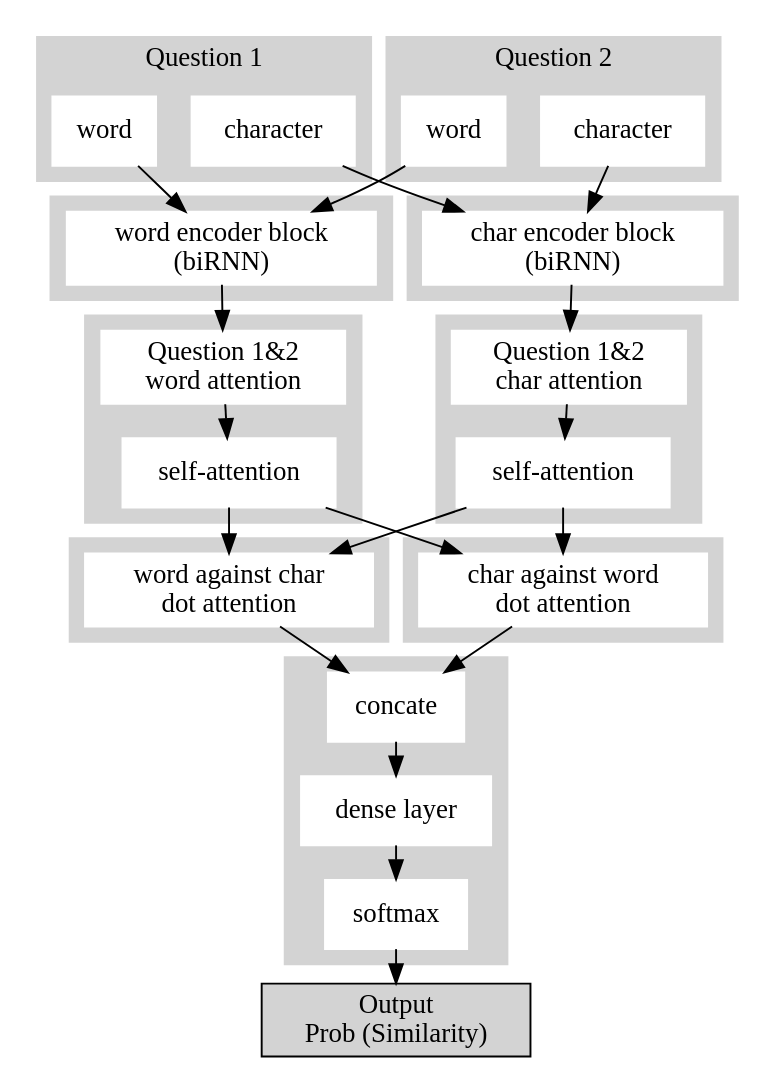
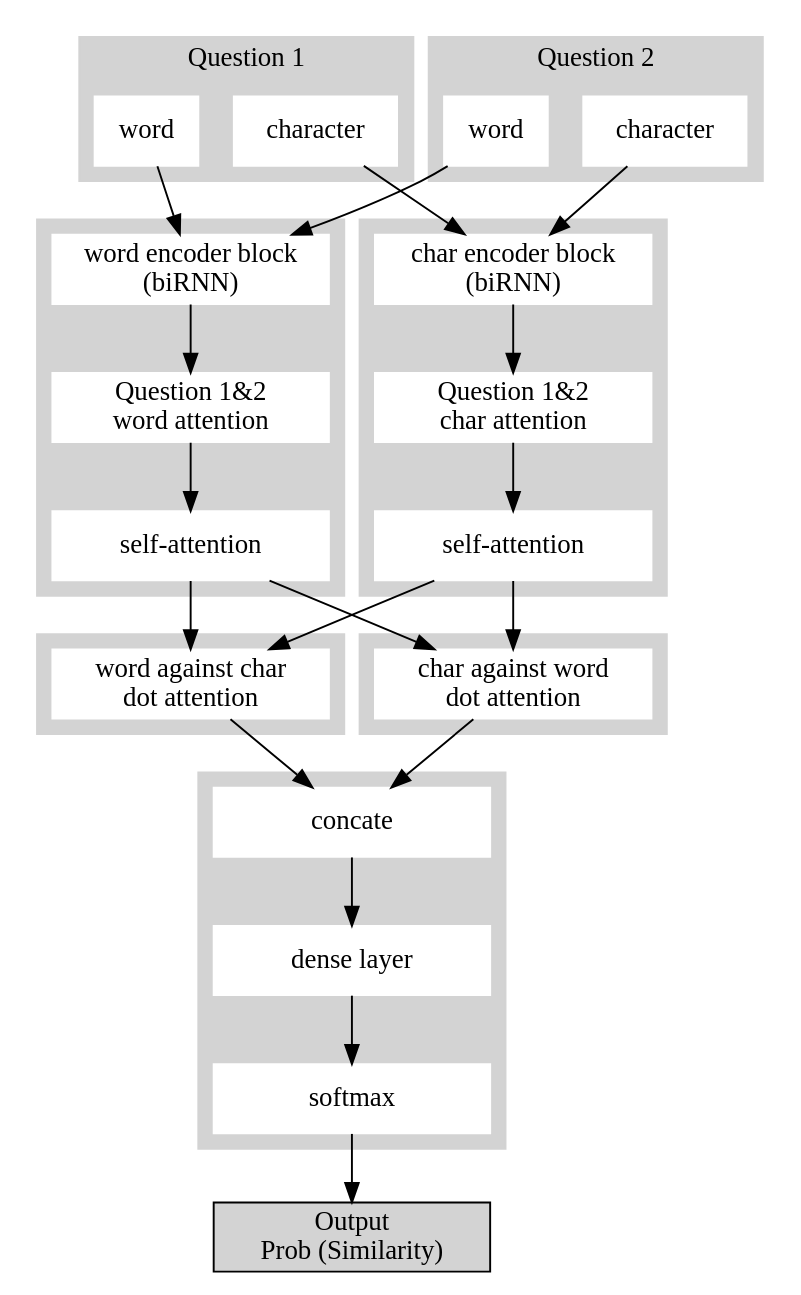
One commit to QuantumAgent/QDD_Net changed the diagram in res/test.dot. Above: the diagram before and after it, drawn with Graphviz. The commit also changed 1 other file, not shown here.

```diff
--- a/res/test.dot
+++ b/res/test.dot
@@ -1,94 +1,85 @@
 digraph G {
+
+  # graph [pad="0.5", nodesep="0.5", ranksep="0.5"];
 
   subgraph cluster_0 {
     style=filled;
     color=lightgrey;
     word_1 [label="word", style=filled,color=white, shape=box];
     char_1 [label="character", style=filled,color=white, shape=box];
 
     label = "Question 1";
-
-
   }
 
   subgraph cluster_1 {
     style=filled;
     color=lightgrey;
     word_2 [label="word", style=filled,color=white, shape=box];
     char_2 [label="character", style=filled,color=white, shape=box];
 
     label = "Question 2";
   }
 
   subgraph cluster_word_enc {
     style=filled;
     color=lightgrey;
-    word_encoder [label="word encoder block \n (biRNN)", style=filled, color=white, shape=box];
+    word_encoder [label="word encoder block \n (biRNN)", fixedsize=true, width=2, style=filled, color=white, shape=box];
     word_1 -> word_encoder
     word_2 -> word_encoder
+
+    word_att [label="Question 1&2 \n word attention", fixedsize=true, width=2, style=filled, color=white, shape=box];
+    word_encoder -> word_att
+
+    self_word_att [label="self-attention", fixedsize=true, width=2, style=filled, color=white, shape=box];
+    word_att -> self_word_att
   }
 
   subgraph cluster_char_enc {
     style=filled;
     color=lightgrey;
-    char_encoder [label="char encoder block \n (biRNN)", style=filled, color=white, shape=box];
+    char_encoder [label="char encoder block \n (biRNN)", fixedsize=true, width=2, style=filled, color=white, shape=box];
     char_1 -> char_encoder
     char_2 -> char_encoder
-  }
 
-  subgraph cluster_word_attention {
-    style=filled;
-    color=lightgrey;
-    word_att [label="Question 1&2 \n word attention", style=filled, color=white, shape=box];
-    word_encoder -> word_att
-
-    self_word_att [label="self-attention", style=filled, color=white, shape=box];
-    word_att -> self_word_att
-  }
-
-  subgraph cluster_char_attention {
-    style=filled;
-    color=lightgrey;
-    char_att [label="Question 1&2 \n char attention", style=filled, color=white, shape=box];
+    char_att [label="Question 1&2 \n char attention", fixedsize=true, width=2, style=filled, color=white, shape=box];
     char_encoder -> char_att
 
-    self_char_att [label="self-attention", style=filled, color=white, shape=box];
+    self_char_att [label="self-attention", fixedsize=true, width=2, style=filled, color=white, shape=box];
     char_att -> self_char_att
   }
 
   subgraph cluster_w_dot_attention {
     style=filled;
     color=lightgrey;
-    w_dot_att [label="word against char \n dot attention", style=filled, color=white, shape=box];
+    w_dot_att [label="word against char \n dot attention", fixedsize=true, width=2, style=filled, color=white, shape=box];
     self_char_att -> w_dot_att
     self_word_att -> w_dot_att
   }
 
   subgraph cluster_c_dot_attention {
     style=filled;
     color=lightgrey;
-    c_dot_att [label="char against word \n dot attention", style=filled, color=white, shape=box];
+    c_dot_att [label="char against word \n dot attention", fixedsize=true, width=2, style=filled, color=white, shape=box];
     self_char_att -> c_dot_att
     self_word_att -> c_dot_att
   }
 
   subgraph cluster_out {
-    graph [pad="0.1", nodesep="0.1", ranksep="0.1"];
 
     style=filled;
     color=lightgrey;
-    concate [label="concate", style=filled, color=white, shape=box];
+    concate [label="concate", fixedsize=true, width=2, style=filled, color=white, shape=box];
     w_dot_att -> concate
     c_dot_att -> concate
 
-    dl [label="dense layer", style=filled, color=white, shape=box];
+    dl [label="dense layer", fixedsize=true, width=2, style=filled, color=white, shape=box];
     concate -> dl
 
-    softmax [label="softmax", style=filled, color=white, shape=box];
+    softmax [label="softmax", fixedsize=true, width=2, style=filled, color=white, shape=box];
     dl -> softmax
   }
 
-  output [label="Output \n Prob (Similarity)", style=filled, shape=box];
+  output [label="Output \n Prob (Similarity)", fixedsize=true, width=2, style=filled, shape=box];
   softmax -> output
 
 }
```
